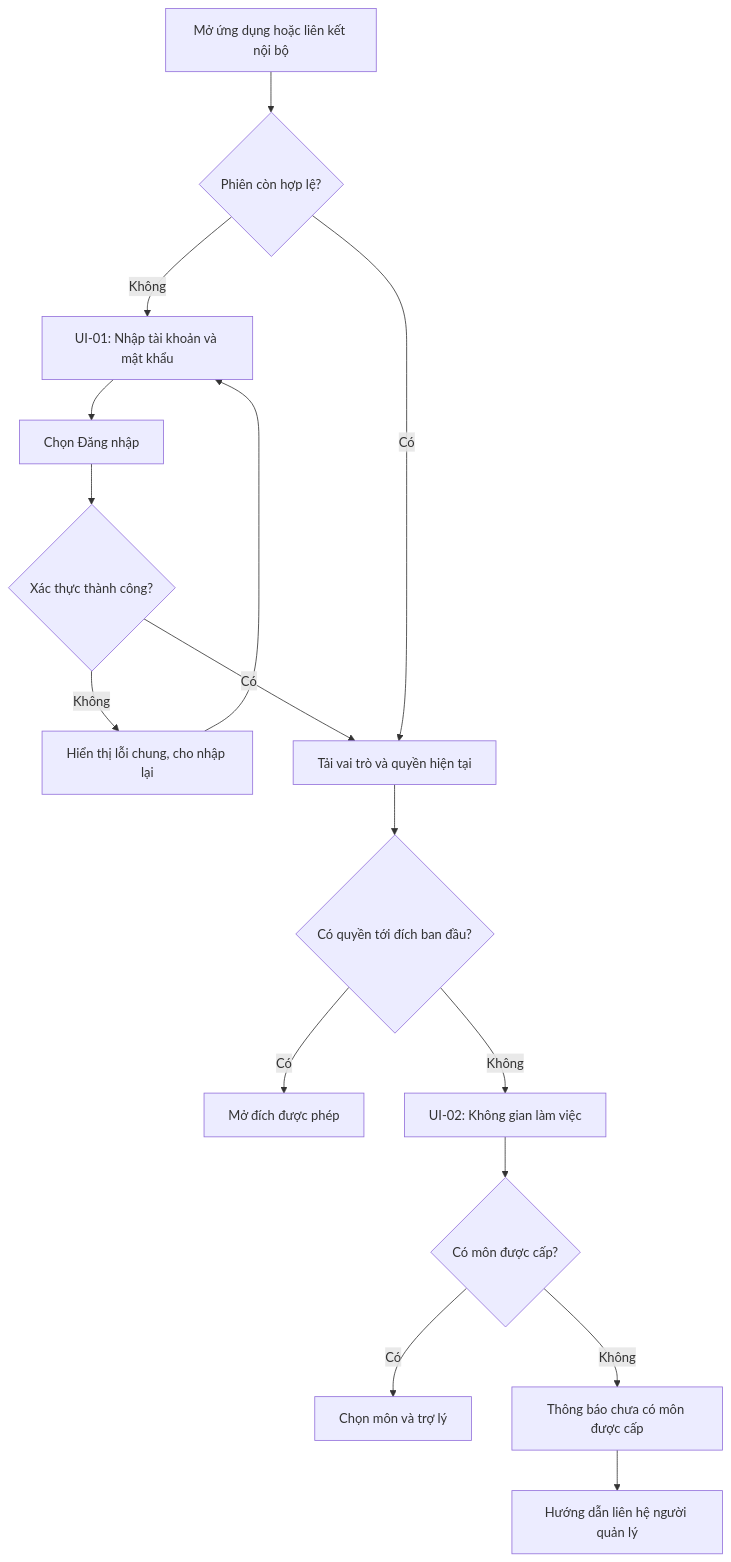
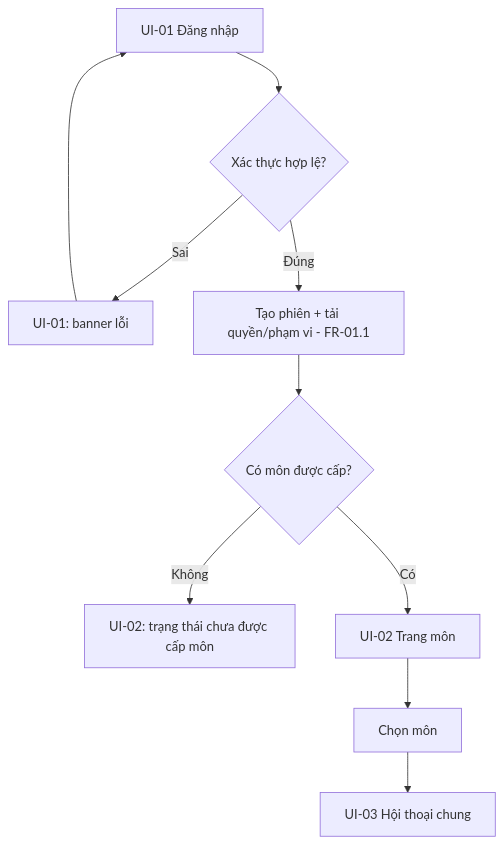
Before and after one commit to MinhNhatUet/7grass10wwind: the first of 8 diagrams in docs/documentions/wireframe&UIflow_edu04.md, drawn with Mermaid. The commit also changed other lines of this file and 3 other files, not shown here.

First line of the commit message:
docs: sync wireframe/UI flow, backlog và milestone theo PRD v2.0

````diff
--- a/docs/documentions/wireframe&UIflow_edu04.md
+++ b/docs/documentions/wireframe&UIflow_edu04.md
@@ -77,18 +458,12 @@
 ```mermaid
 flowchart TD
-    A[Mở ứng dụng hoặc liên kết nội bộ] --> B{Phiên còn hợp lệ?}
-    B -- Không --> C[UI-01: Nhập tài khoản và mật khẩu]
-    C --> D[Chọn Đăng nhập]
-    D --> E{Xác thực thành công?}
-    E -- Không --> F[Hiển thị lỗi chung, cho nhập lại]
-    F --> C
-    E -- Có --> G[Tải vai trò và quyền hiện tại]
-    B -- Có --> G
-    G --> H{Có quyền tới đích ban đầu?}
-    H -- Có --> I[Mở đích được phép]
-    H -- Không --> J[UI-02: Không gian làm việc]
-    J --> K{Có môn được cấp?}
-    K -- Có --> L[Chọn môn và trợ lý]
-    K -- Không --> M[Thông báo chưa có môn được cấp]
-    M --> N[Hướng dẫn liên hệ người quản lý]
+    UI01[UI-01 Đăng nhập] --> AUTH{Xác thực hợp lệ?}
+    AUTH -- Sai --> UI01ERR[UI-01: banner lỗi]
+    UI01ERR --> UI01
+    AUTH -- Đúng --> SESSION[Tạo phiên + tải quyền/phạm vi - FR-01.1]
+    SESSION --> HASCOURSE{Có môn được cấp?}
+    HASCOURSE -- Không --> UI02EMPTY[UI-02: trạng thái chưa được cấp môn]
+    HASCOURSE -- Có --> UI02[UI-02 Trang môn]
+    UI02 --> SELECT[Chọn môn]
+    SELECT --> UI03[UI-03 Hội thoại chung]
 ```
````
